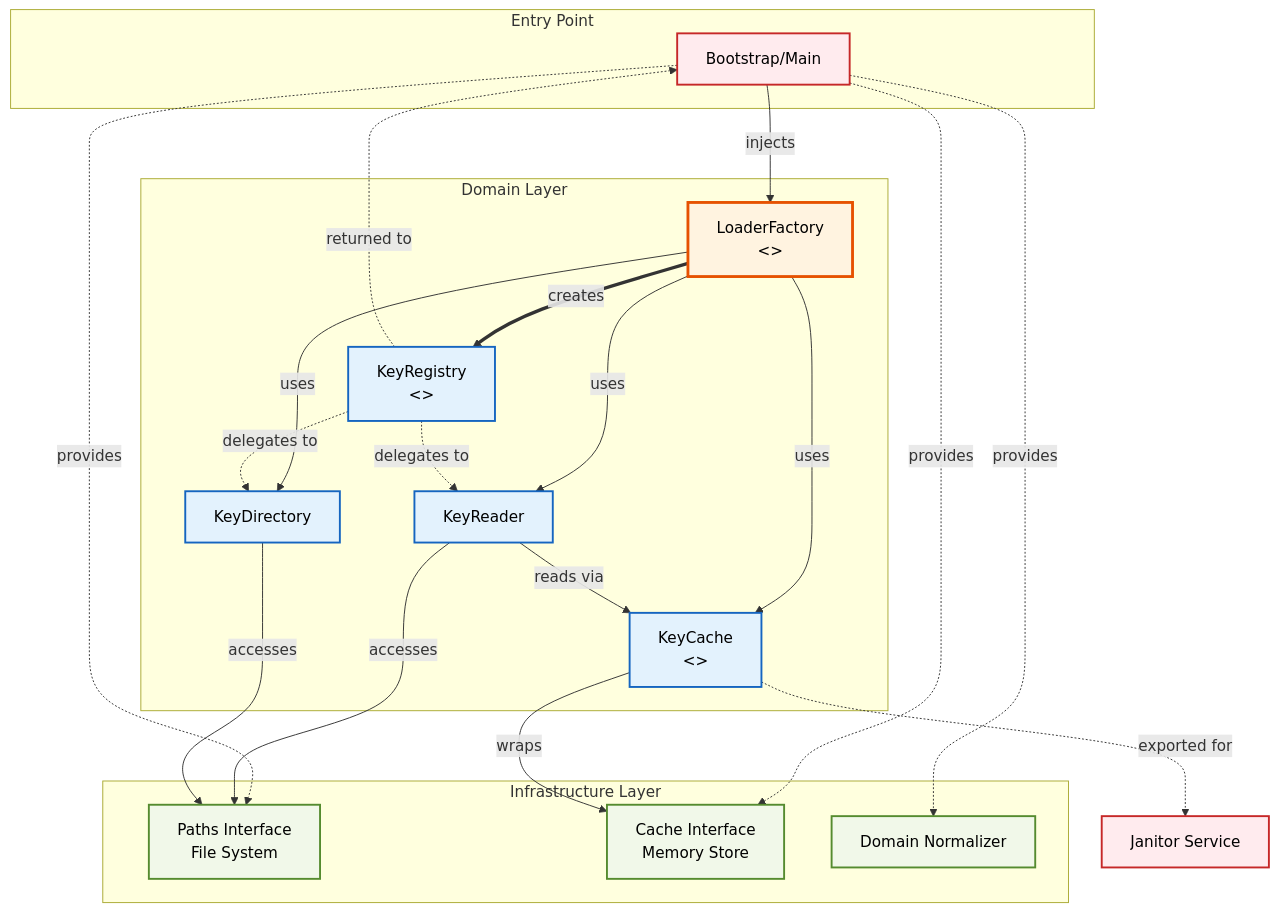
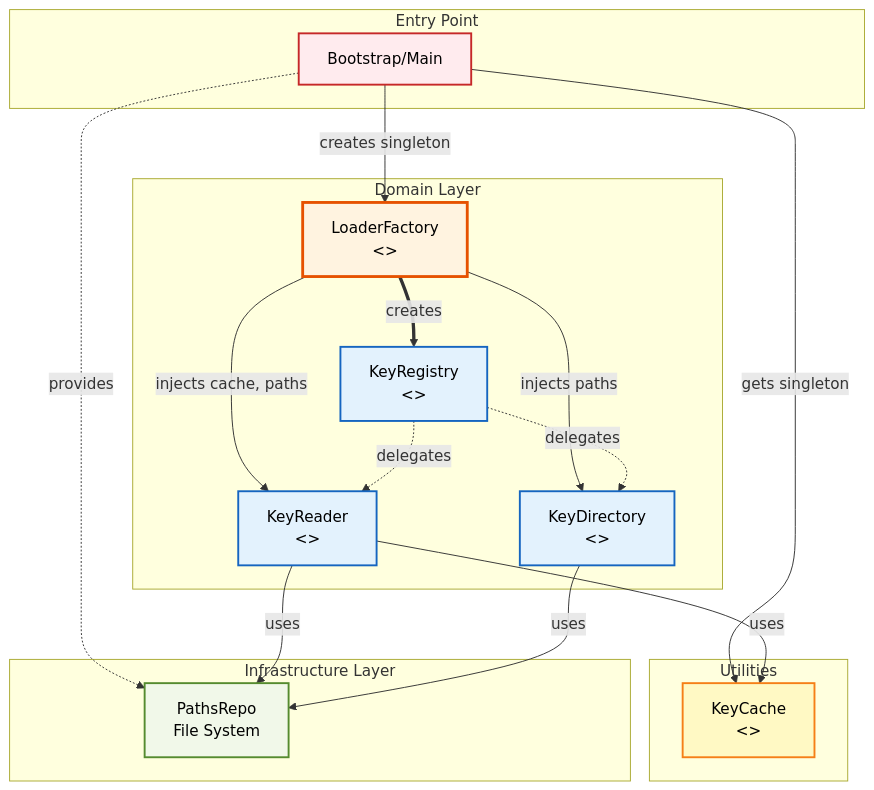
The first of 7 diagrams in docs/generated/domain/key-manager/loader/structure.md (itsGurdevSingh/vault), drawn with Mermaid before and after one commit. The commit also changed other lines of this file and 8 other files, not shown here.

````diff
--- a/docs/generated/domain/key-manager/loader/structure.md
+++ b/docs/generated/domain/key-manager/loader/structure.md
@@ -7,60 +7,57 @@
 ```mermaid
 graph TB
     %% --- LAYOUT & SUBGRAPHS ---
     subgraph "Entry Point"
         Bootstrap[Bootstrap/Main]
     end
 
     subgraph "Domain Layer"
         Factory[LoaderFactory<br/><<Singleton>>]
         Registry[KeyRegistry<br/><<Aggregate Root>>]
-        Reader[KeyReader]
-        Directory[KeyDirectory]
-        Cache[KeyCache<br/><<Public Facade>>]
+        Reader[KeyReader<br/><<Stateless>>]
+        Directory[KeyDirectory<br/><<Stateless>>]
+    end
+
+    subgraph "Utilities"
+        Cache[KeyCache<br/><<Singleton>>]
     end
 
     subgraph "Infrastructure Layer"
-        Paths[Paths Interface<br/>File System]
-        CacheImpl[Cache Interface<br/>Memory Store]
-        Normalizer[Domain Normalizer]
+        Paths[PathsRepo<br/>File System]
     end
 
     %% --- RELATIONSHIPS ---
-    %% Bootstrap injects dependencies
-    Bootstrap -->|injects| Factory
+    %% Bootstrap creates singletons
+    Bootstrap -->|creates singleton| Factory
+    Bootstrap -->|gets singleton| Cache
     Bootstrap -.->|provides| Paths
-    Bootstrap -.->|provides| CacheImpl
-    Bootstrap -.->|provides| Normalizer
 
-    %% Factory creation logic (Thick lines for creation)
+    %% Factory creates and injects
     Factory ==>|creates| Registry
-    Factory -->|uses| Cache
-    Factory -->|uses| Reader
-    Factory -->|uses| Directory
+    Factory -->|injects cache, paths| Reader
+    Factory -->|injects paths| Directory
 
-    %% Registry Composition
-    Registry -.->|delegates to| Reader
-    Registry -.->|delegates to| Directory
+    %% Registry delegates
+    Registry -.->|delegates| Reader
+    Registry -.->|delegates| Directory
 
-    %% Internal Dependencies
-    Reader -->|reads via| Cache
-    Reader -->|accesses| Paths
-    Directory -->|accesses| Paths
-    Cache -->|wraps| CacheImpl
+    %% Reader dependencies
+    Reader -->|uses| Cache
+    Reader -->|uses| Paths
 
-    %% External & Return
-    Registry -.->|returned to| Bootstrap
-    Cache -.->|exported for| Janitor[Janitor Service]
+    %% Directory dependencies
+    Directory -->|uses| Paths
 
-    %% --- STYLING (Custom Palette) ---
+    %% --- STYLING ---
     classDef factory fill:#fff3e0,stroke:#e65100,stroke-width:3px,color:black
     classDef domain fill:#e3f2fd,stroke:#1565c0,stroke-width:2px,color:black
+    classDef util fill:#fff9c4,stroke:#f57f17,stroke-width:2px,color:black
     classDef infra fill:#f1f8e9,stroke:#558b2f,stroke-width:2px,color:black
     classDef external fill:#ffebee,stroke:#c62828,stroke-width:2px,color:black
 
-    %% Apply Styles
     class Factory factory
-    class Registry,Reader,Directory,Cache domain
-    class Paths,CacheImpl,Normalizer infra
-    class Bootstrap,Janitor external
+    class Registry,Reader,Directory domain
+    class Cache util
+    class Paths infra
+    class Bootstrap external
 ```
````
